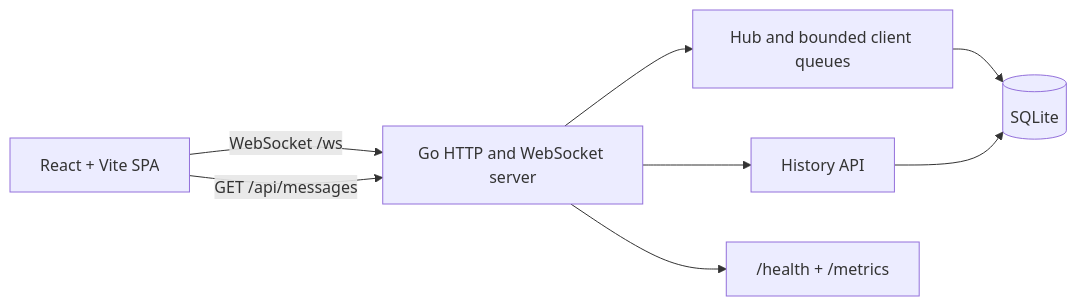
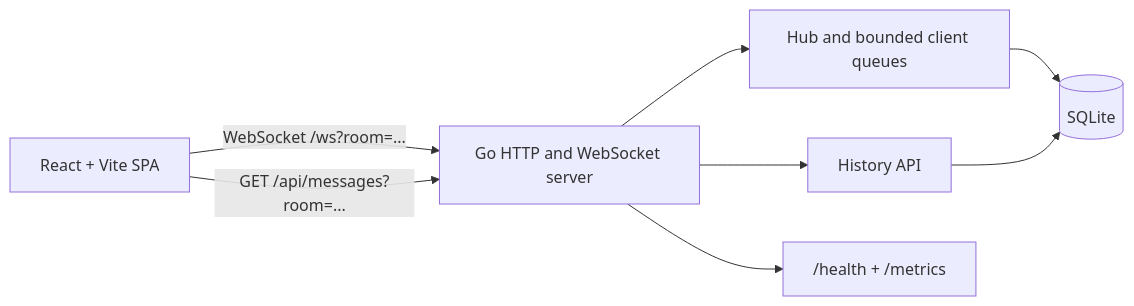
One commit to AlisinaDevelo/Chatster changed the diagram in README.md. Above: the diagram before and after it, drawn with Mermaid. The commit also changed other lines of this file and 9 other files, not shown here.

````diff
--- a/README.md
+++ b/README.md
@@ -24,10 +25,10 @@
 ```mermaid
 flowchart LR
-  Browser[React + Vite SPA] -->|WebSocket /ws| Server[Go HTTP and WebSocket server]
-  Browser -->|GET /api/messages| Server
+  Browser[React + Vite SPA] -->|WebSocket /ws?room=...| Server[Go HTTP and WebSocket server]
+  Browser -->|GET /api/messages?room=...| Server
   Server --> Hub[Hub and bounded client queues]
   Server --> History[History API]
   Hub --> SQLite[(SQLite)]
   History --> SQLite
   Server --> Health["/health + /metrics"]
 ```
````
